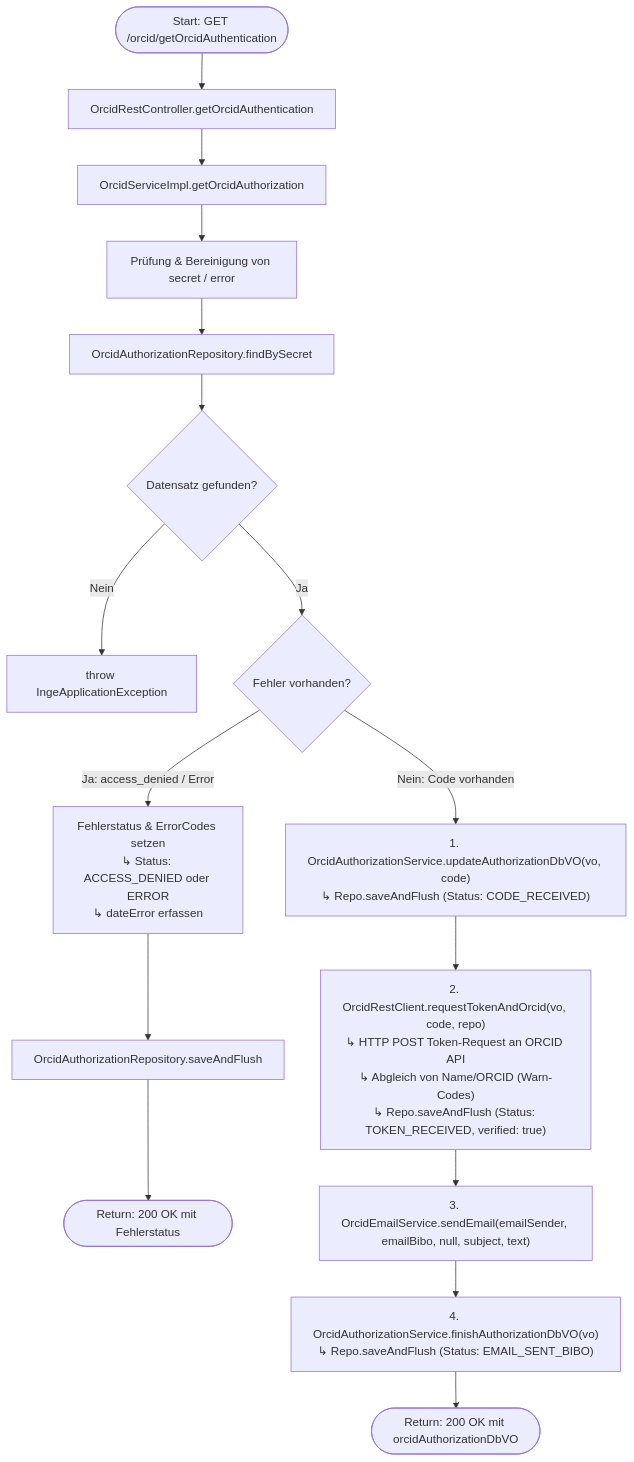
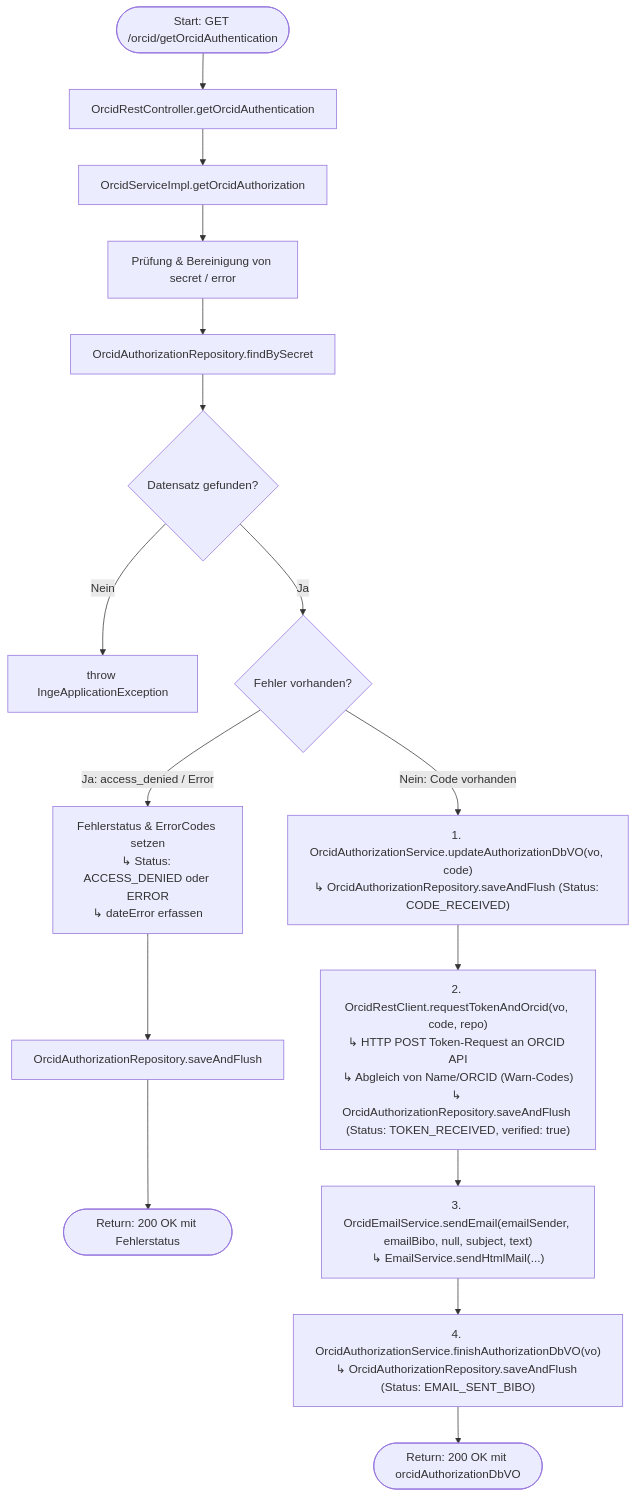
Before and after one commit to MPDL/INGe: the second of 2 diagrams in pubman_rest/src/main/resources/orcid_get_authentication.md, drawn with Mermaid. The commit also changed other lines of this file and 2 other files, not shown here.

````diff
--- a/pubman_rest/src/main/resources/orcid_get_authentication.md
+++ b/pubman_rest/src/main/resources/orcid_get_authentication.md
@@ -94,21 +111,21 @@
 ```mermaid
 flowchart TD
     A([Start: GET /orcid/getOrcidAuthentication]) --> B[OrcidRestController.getOrcidAuthentication]
     B --> C[OrcidServiceImpl.getOrcidAuthorization]
     C --> D[Prüfung & Bereinigung von secret / error]
     D --> E[OrcidAuthorizationRepository.findBySecret]
     
     E --> F{Datensatz gefunden?}
     F -- Nein --> G[throw IngeApplicationException]
     F -- Ja --> H{Fehler vorhanden?}
     
     H -- Ja: access_denied / Error --> I["Fehlerstatus & ErrorCodes setzen<br/>↳ Status: ACCESS_DENIED oder ERROR<br/>↳ dateError erfassen"]
     I --> J[OrcidAuthorizationRepository.saveAndFlush]
     J --> RetErr([Return: 200 OK mit Fehlerstatus])
     
-    H -- Nein: Code vorhanden --> K["1. OrcidAuthorizationService.updateAuthorizationDbVO(vo, code)<br/>↳ Repo.saveAndFlush (Status: CODE_RECEIVED)"]
-    K --> L["2. OrcidRestClient.requestTokenAndOrcid(vo, code, repo)<br/>↳ HTTP POST Token-Request an ORCID API<br/>↳ Abgleich von Name/ORCID (Warn-Codes)<br/>↳ Repo.saveAndFlush (Status: TOKEN_RECEIVED, verified: true)"]
-    L --> M["3. OrcidEmailService.sendEmail(emailSender, emailBibo, null, subject, text)"]
-    M --> N["4. OrcidAuthorizationService.finishAuthorizationDbVO(vo)<br/>↳ Repo.saveAndFlush (Status: EMAIL_SENT_BIBO)"]
+    H -- Nein: Code vorhanden --> K["1. OrcidAuthorizationService.updateAuthorizationDbVO(vo, code)<br/>↳ OrcidAuthorizationRepository.saveAndFlush (Status: CODE_RECEIVED)"]
+    K --> L["2. OrcidRestClient.requestTokenAndOrcid(vo, code, repo)<br/>↳ HTTP POST Token-Request an ORCID API<br/>↳ Abgleich von Name/ORCID (Warn-Codes)<br/>↳ OrcidAuthorizationRepository.saveAndFlush (Status: TOKEN_RECEIVED, verified: true)"]
+    L --> M["3. OrcidEmailService.sendEmail(emailSender, emailBibo, null, subject, text)<br/>↳ EmailService.sendHtmlMail(...)"]
+    M --> N["4. OrcidAuthorizationService.finishAuthorizationDbVO(vo)<br/>↳ OrcidAuthorizationRepository.saveAndFlush (Status: EMAIL_SENT_BIBO)"]
     N --> RetSuccess([Return: 200 OK mit orcidAuthorizationDbVO])
 ```
````
